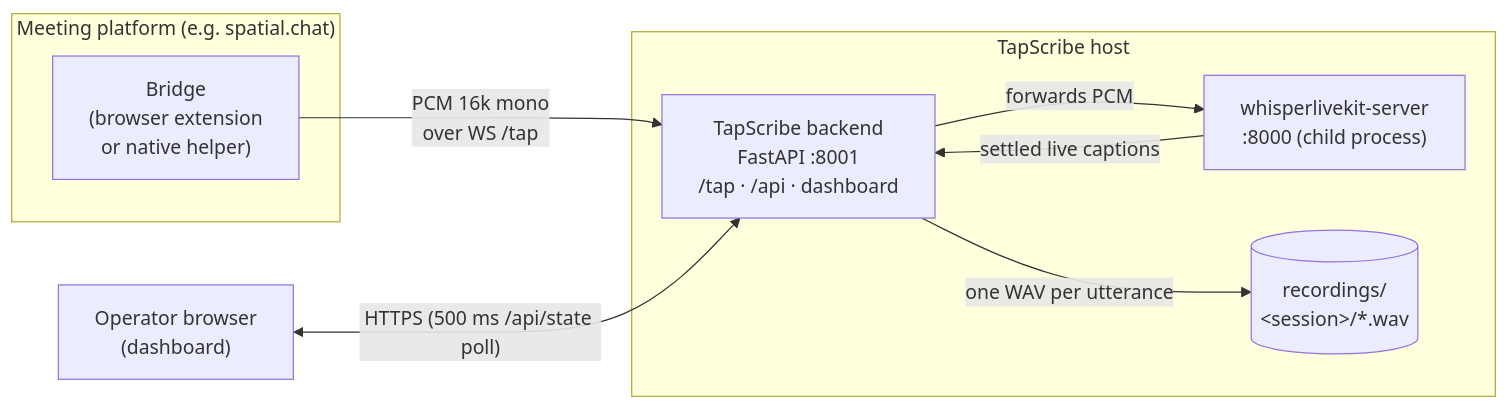
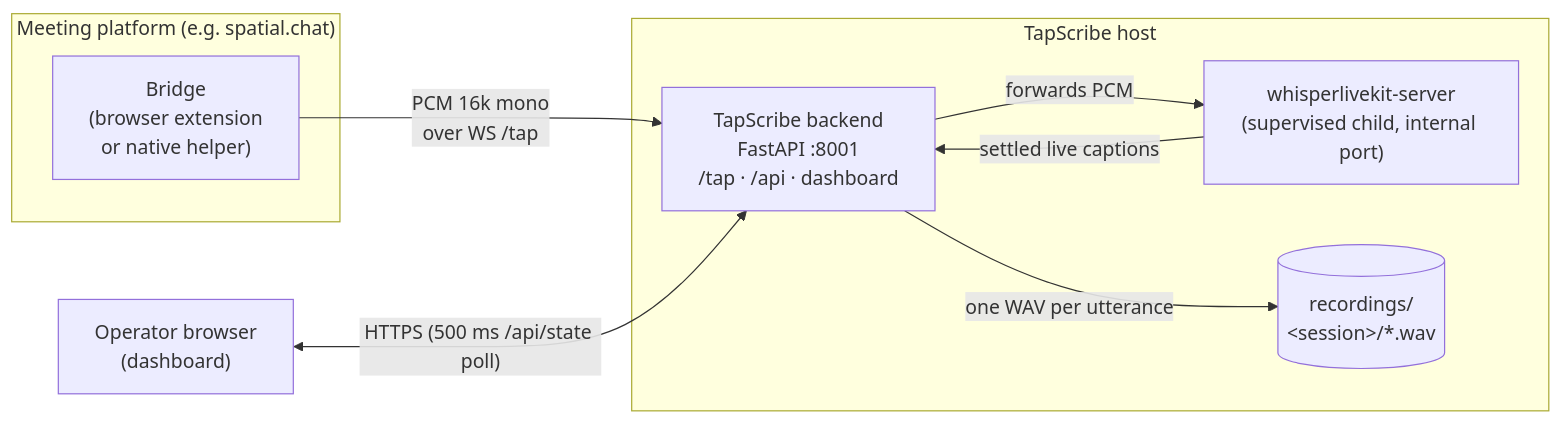
The first of 2 diagrams in README.md (Vortiago/TapScribe), drawn with Mermaid before and after one commit. The commit also changed other lines of this file and 44 other files, not shown here.

````diff
--- a/README.md
+++ b/README.md
@@ -116,20 +121,20 @@
 ```mermaid
 flowchart LR
     subgraph Meeting["Meeting platform (e.g. spatial.chat)"]
         Bridge["Bridge<br/>(browser extension<br/>or native helper)"]
     end
 
     subgraph Host["TapScribe host"]
         Backend["TapScribe backend<br/>FastAPI :8001<br/>/tap · /api · dashboard"]
-        WLK["whisperlivekit-server<br/>:8000 (child process)"]
+        WLK["whisperlivekit-server<br/>(supervised child, internal port)"]
         WAVs[("recordings/<br/>&lt;session&gt;/*.wav")]
     end
 
     Operator["Operator browser<br/>(dashboard)"]
 
     Bridge -- "PCM 16k mono<br/>over WS /tap" --> Backend
     Backend -- "forwards PCM" --> WLK
     WLK -- "settled live captions" --> Backend
     Backend -- "one WAV per utterance" --> WAVs
     Operator <-- "HTTPS (500 ms /api/state poll)" --> Backend
 ```
````
